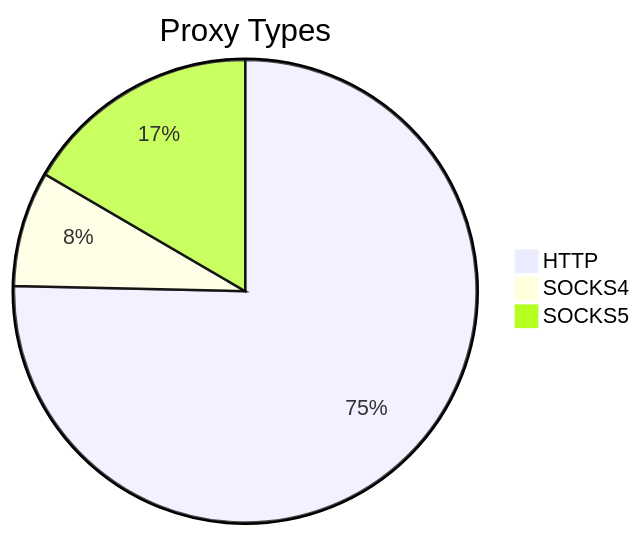
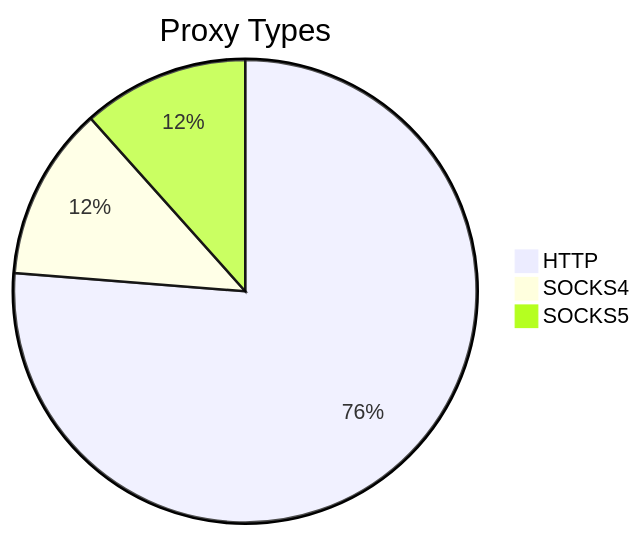
One commit to stormsia/proxy-list changed the first of 2 diagrams in README.md. Above: the diagram before and after it, drawn with Mermaid. The commit also changed other lines of this file, not shown here.

````diff
--- a/README.md
+++ b/README.md
@@ -21,6 +21,6 @@
 ```mermaid
 pie title Proxy Types
-    "HTTP" : 309
-    "SOCKS4" : 33
-    "SOCKS5" : 68
+    "HTTP" : 440
+    "SOCKS4" : 70
+    "SOCKS5" : 67
 ```
````
